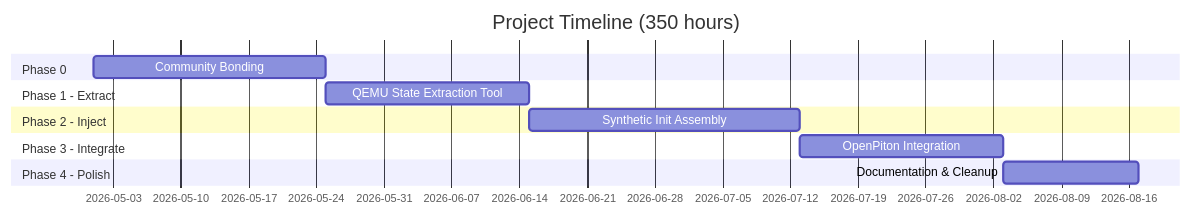
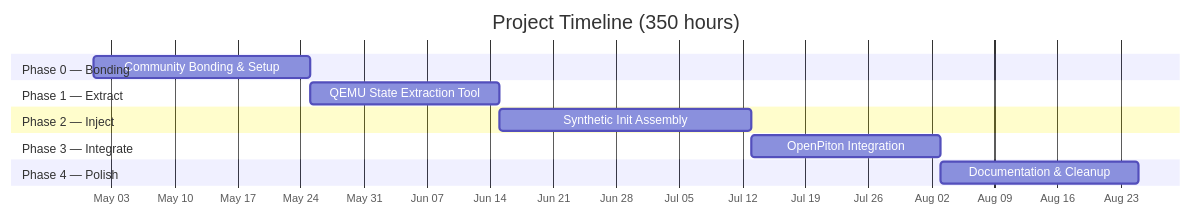
The seventh of 8 diagrams in docs/proposal_draft.md (radheshyam2006/gsoc26-minimumlinuxboot), drawn with Mermaid before and after one commit. The commit also changed other lines of this file, not shown here.

````diff
--- a/docs/proposal_draft.md
+++ b/docs/proposal_draft.md
@@ -148,20 +195,21 @@
 ```mermaid
 gantt
     title Project Timeline (350 hours)
-    dateFormat  YYYY-MM-DD
+    dateFormat YYYY-MM-DD
+    axisFormat %b %d
     
-    section Phase 0
-    Community Bonding           :a0, 2026-05-01, 24d
+    section Phase 0 — Bonding
+    Community Bonding & Setup    :a0, 2026-05-01, 24d
     
-    section Phase 1 - Extract
-    QEMU State Extraction Tool  :a1, 2026-05-25, 21d
+    section Phase 1 — Extract
+    QEMU State Extraction Tool   :a1, 2026-05-25, 21d
     
-    section Phase 2 - Inject
-    Synthetic Init Assembly     :a2, after a1, 28d
+    section Phase 2 — Inject
+    Synthetic Init Assembly      :a2, 2026-06-15, 28d
     
-    section Phase 3 - Integrate
-    OpenPiton Integration       :a3, after a2, 21d
+    section Phase 3 — Integrate
+    OpenPiton Integration        :a3, 2026-07-13, 21d
     
-    section Phase 4 - Polish
-    Documentation & Cleanup     :a4, after a3, 14d
+    section Phase 4 — Polish
+    Documentation & Cleanup      :a4, 2026-08-03, 22d
 ```
````
